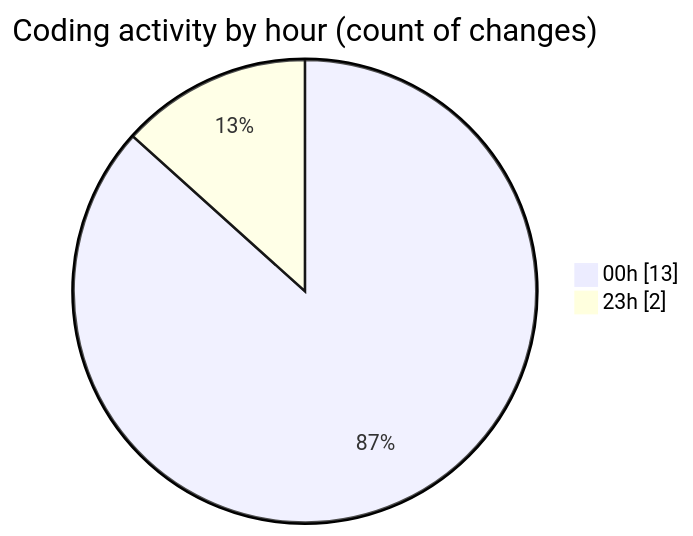
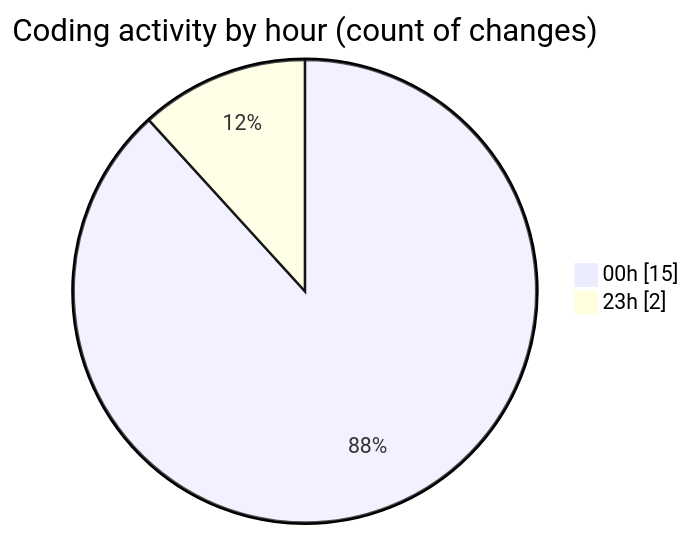
Before and after one commit to lephambinh05/code-tracking: the second of 2 diagrams in 2025-08-19/rentotp/README.md, drawn with Mermaid. The commit also changed other lines of this file and 1 other file, not shown here.

````diff
--- a/2025-08-19/rentotp/README.md
+++ b/2025-08-19/rentotp/README.md
@@ -31,6 +33,6 @@
 ```mermaid
 pie showData
 title Coding activity by hour (count of changes)
-"00h" : 13
+"00h" : 15
 "23h" : 2
 ```
````
